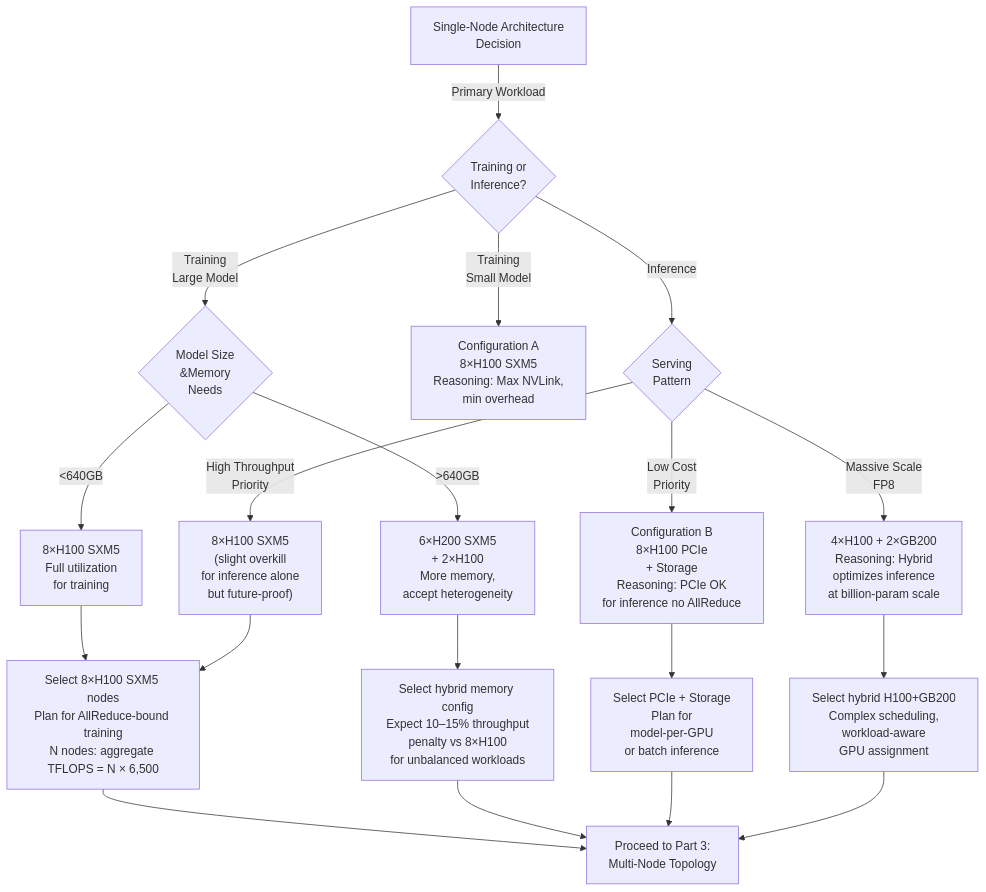
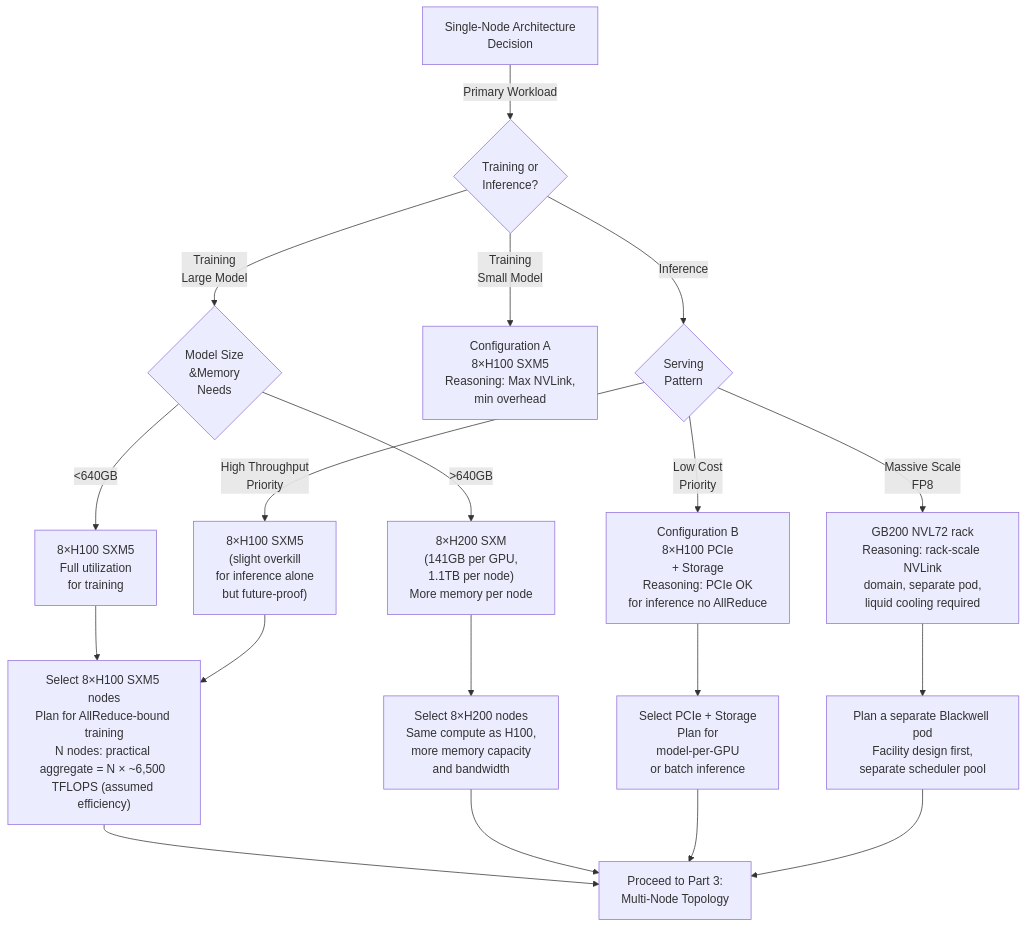
One commit to jithinpnjm/nvidia-devops changed the first of 3 diagrams in docs/nvidia-zero-to-hero/volume-21/chapter-02-gpu-compute-cluster-design.md. Above: the diagram before and after it, drawn with Mermaid. The commit also changed other lines of this file and 289 other files, not shown here.

````diff
--- a/docs/nvidia-zero-to-hero/volume-21/chapter-02-gpu-compute-cluster-design.md
+++ b/docs/nvidia-zero-to-hero/volume-21/chapter-02-gpu-compute-cluster-design.md
@@ -207,26 +185,26 @@
 ```mermaid
 flowchart TD
     Start["Single-Node Architecture<br/>Decision"] -->|Primary Workload| Q1{"Training or<br/>Inference?"}
     
     Q1 -->|Training<br/>Large Model| Q2T{"Model Size<br/>&Memory<br/>Needs"}
     Q1 -->|Training<br/>Small Model| TrainSmall["Configuration A<br/>8×H100 SXM5<br/>Reasoning: Max NVLink,<br/>min overhead"]
     Q1 -->|Inference| Q2I{"Serving<br/>Pattern"}
     
     Q2T -->|<640GB| A8H100["8×H100 SXM5<br/>Full utilization<br/>for training"]
-    Q2T -->|>640GB| H200Node["6×H200 SXM5<br/>+ 2×H100<br/>More memory,<br/>accept heterogeneity"]
+    Q2T -->|>640GB| H200Node["8×H200 SXM<br/>(141GB per GPU,<br/>1.1TB per node)<br/>More memory per node"]
     
     Q2I -->|Low Cost<br/>Priority| ConfigB["Configuration B<br/>8×H100 PCIe<br/>+ Storage<br/>Reasoning: PCIe OK<br/>for inference no AllReduce"]
     Q2I -->|High Throughput<br/>Priority| ConfigA["8×H100 SXM5<br/>(slight overkill<br/>for inference alone<br/>but future-proof)"]
-    Q2I -->|Massive Scale<br/>FP8| ConfigC["4×H100 + 2×GB200<br/>Reasoning: Hybrid<br/>optimizes inference<br/>at billion-param scale"]
+    Q2I -->|Massive Scale<br/>FP8| ConfigC["GB200 NVL72 rack<br/>Reasoning: rack-scale NVLink<br/>domain, separate pod,<br/>liquid cooling required"]
     
-    A8H100 --> FinalA["Select 8×H100 SXM5 nodes<br/>Plan for AllReduce-bound training<br/>N nodes: aggregate TFLOPS = N × 6,500"]
-    H200Node --> FinalH200["Select hybrid memory config<br/>Expect 10–15% throughput<br/>penalty vs 8×H100<br/>for unbalanced workloads"]
+    A8H100 --> FinalA["Select 8×H100 SXM5 nodes<br/>Plan for AllReduce-bound training<br/>N nodes: practical aggregate = N × ~6,500 TFLOPS (assumed efficiency)"]
+    H200Node --> FinalH200["Select 8×H200 nodes<br/>Same compute as H100,<br/>more memory capacity<br/>and bandwidth"]
     ConfigB --> FinalB["Select PCIe + Storage<br/>Plan for<br/>model-per-GPU<br/>or batch inference"]
     ConfigA --> FinalA
-    ConfigC --> FinalC["Select hybrid H100+GB200<br/>Complex scheduling,<br/>workload-aware<br/>GPU assignment"]
+    ConfigC --> FinalC["Plan a separate Blackwell pod<br/>Facility design first,<br/>separate scheduler pool"]
     
     FinalA --> NextStep["Proceed to Part 3:<br/>Multi-Node Topology"]
     FinalH200 --> NextStep
     FinalB --> NextStep
     FinalC --> NextStep
 ```
````
